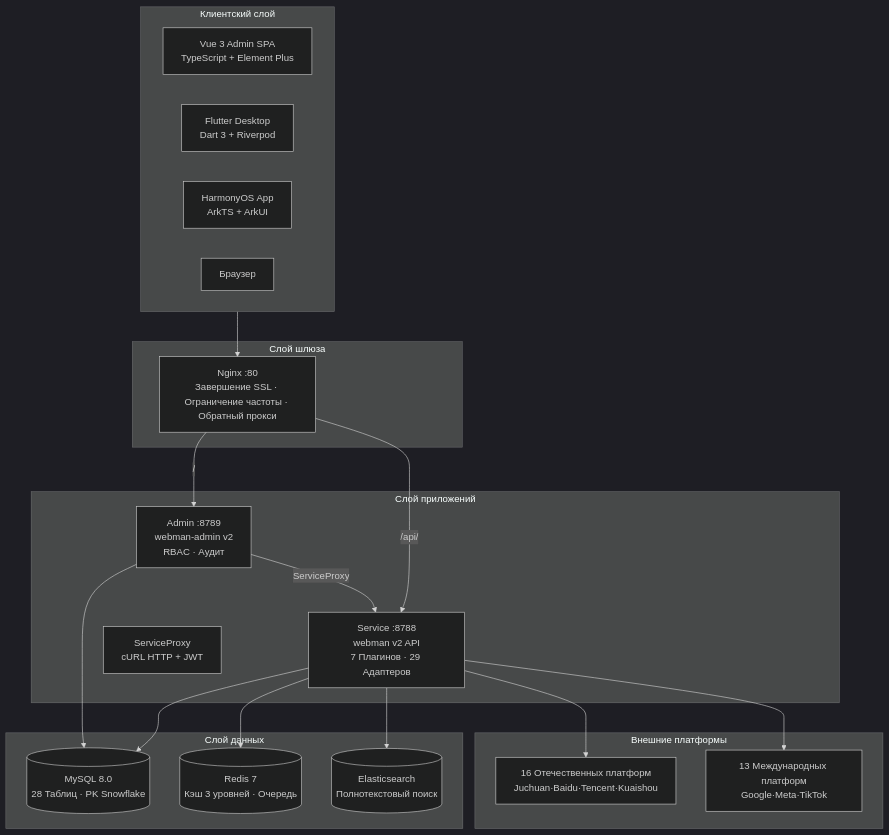
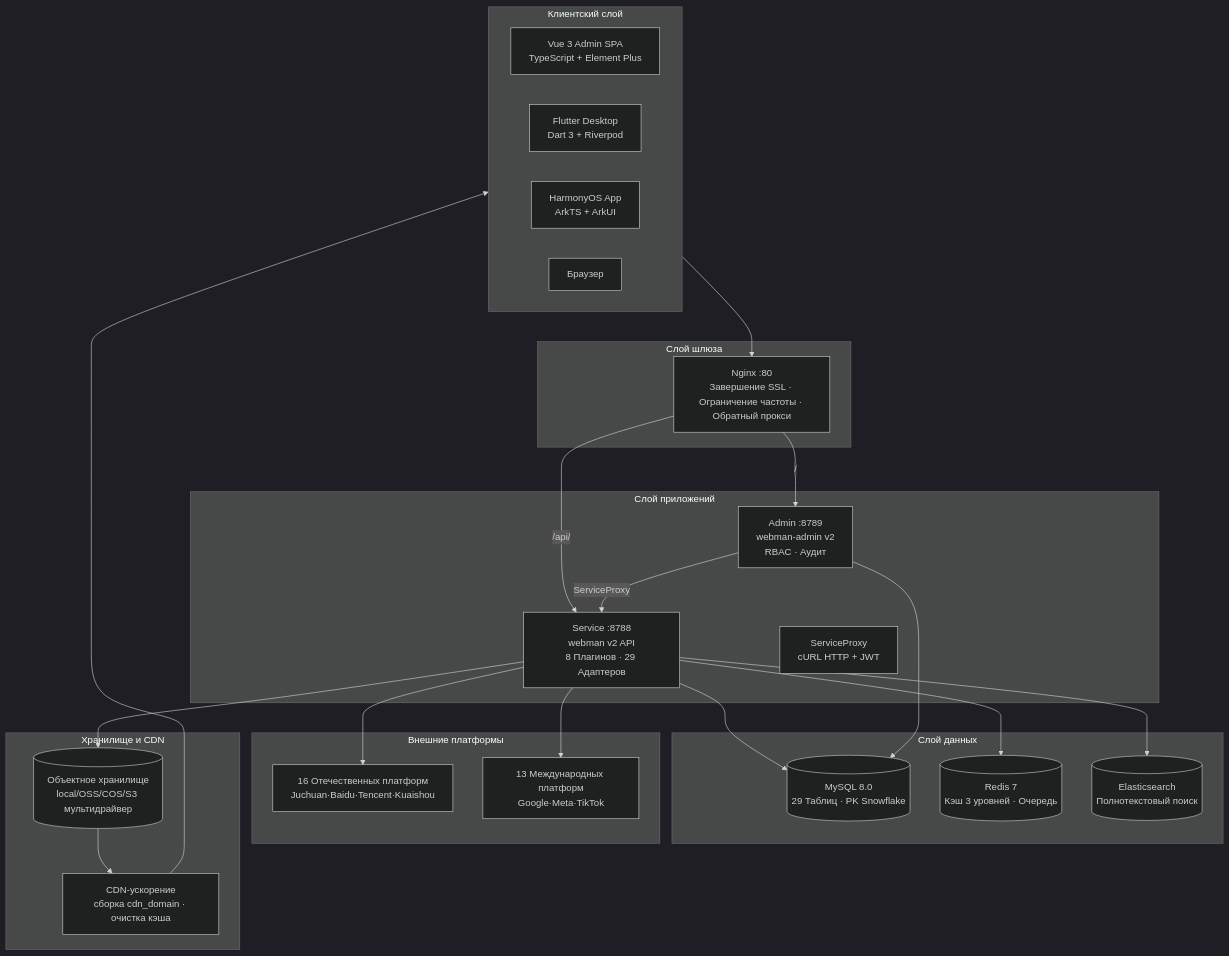
The diagram in docs/diagrams/svg/architecture.ru.mmd (erikwang2013/ads-php), drawn with Mermaid (dark theme) before and after one commit. The commit also changed 144 other files, not shown here.

First line of the commit message:
feat(storage): CDN 支持——存储抽象/多驱动/服务商管理/预签名直传/缓存刷新

```diff
--- a/docs/diagrams/svg/architecture.ru.mmd
+++ b/docs/diagrams/svg/architecture.ru.mmd
@@ -1,31 +1,38 @@
 graph TB
     subgraph Clients["Клиентский слой"]
         Vue["Vue 3 Admin SPA<br/>TypeScript + Element Plus"]
         Flutter["Flutter Desktop<br/>Dart 3 + Riverpod"]
         Harmony["HarmonyOS App<br/>ArkTS + ArkUI"]
         Browser["Браузер"]
     end
     subgraph Gateway["Слой шлюза"]
         Nginx["Nginx :80<br/>Завершение SSL · Ограничение частоты · Обратный прокси"]
     end
     subgraph AppLayer["Слой приложений"]
         Admin["Admin :8789<br/>webman-admin v2<br/>RBAC · Аудит"]
-        Service["Service :8788<br/>webman v2 API<br/>7 Плагинов · 29 Адаптеров"]
+        Service["Service :8788<br/>webman v2 API<br/>8 Плагинов · 29 Адаптеров"]
         ServiceProxy["ServiceProxy<br/>cURL HTTP + JWT"]
     end
     subgraph DataLayer["Слой данных"]
-        MySQL[("MySQL 8.0<br/>28 Таблиц · PK Snowflake")]
+        MySQL[("MySQL 8.0<br/>29 Таблиц · PK Snowflake")]
         Redis[("Redis 7<br/>Кэш 3 уровней · Очередь")]
         ES[("Elasticsearch<br/>Полнотекстовый поиск")]
     end
     subgraph External["Внешние платформы"]
         Domestic["16 Отечественных платформ<br/>Juchuan·Baidu·Tencent·Kuaishou"]
         International["13 Международных платформ<br/>Google·Meta·TikTok"]
     end
+    subgraph StorageCDN["Хранилище и CDN"]
+        OSS[("Объектное хранилище<br/>local/OSS/COS/S3 мультидрайвер")]
+        CDN["CDN-ускорение<br/>сборка cdn_domain · очистка кэша"]
+    end
+    Service --> OSS
+    OSS --> CDN
+    CDN --> Clients
     Clients --> Nginx
     Nginx -->|"/"| Admin
     Nginx -->|"/api/"| Service
     Admin -->|ServiceProxy| Service
     Service --> MySQL & Redis & ES
     Service --> Domestic & International
     Admin --> MySQL
```
